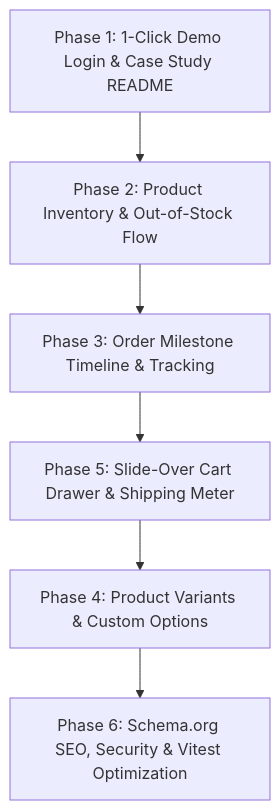
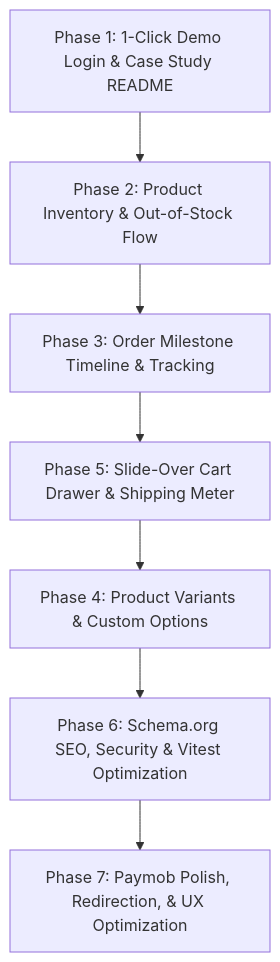
One commit to nooremeel/Atelier-Market changed the diagram in Improvment_Plan.md. Above: the diagram before and after it, drawn with Mermaid. The commit also changed other lines of this file and 13 other files, not shown here.

````diff
--- a/Improvment_Plan.md
+++ b/Improvment_Plan.md
@@ -232,8 +310,9 @@
 ```mermaid
 flowchart TD
     P1[Phase 1: 1-Click Demo Login & Case Study README] --> P2[Phase 2: Product Inventory & Out-of-Stock Flow]
     P2 --> P3[Phase 3: Order Milestone Timeline & Tracking]
     P3 --> P5[Phase 5: Slide-Over Cart Drawer & Shipping Meter]
     P5 --> P4[Phase 4: Product Variants & Custom Options]
     P4 --> P6[Phase 6: Schema.org SEO, Security & Vitest Optimization]
+    P6 --> P7[Phase 7: Paymob Polish, Redirection, & UX Optimization]
 ```
````
